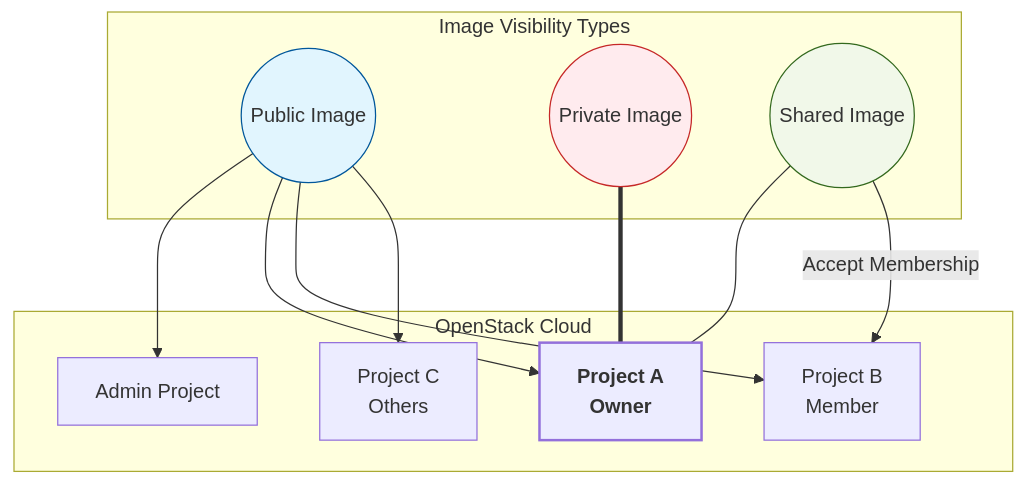
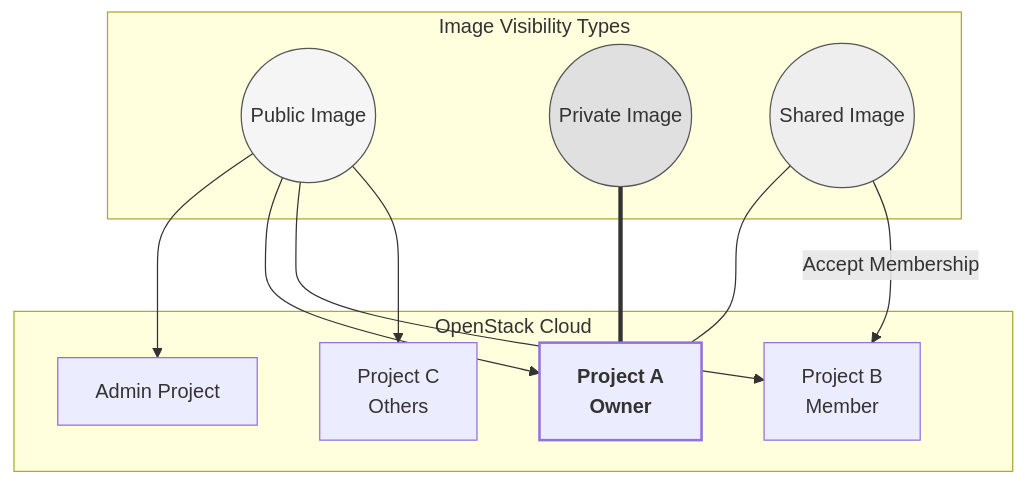
The diagram in lectures/ch5/ch5_4_lec.qmd (openstack-kr/openstack-book), drawn with Mermaid before and after one commit. The commit also changed other lines of this file, not shown here.

First line of the commit message:
docs(ch5-4): 스타일 가이드 피드백 반영

````diff
--- a/lectures/ch5/ch5_4_lec.qmd
+++ b/lectures/ch5/ch5_4_lec.qmd
@@ -88,34 +108,30 @@
-```{mermaid}
+```mermaid
 graph TD
     subgraph "OpenStack Cloud"
         AdminProject[Admin Project]
         ProjectA[Project A<br/>Owner]
         ProjectB[Project B<br/>Member]
         ProjectC[Project C<br/>Others]
     end
 
     subgraph "Image Visibility Types"
         PublicImage((Public Image))
         PrivateImage((Private Image))
         SharedImage((Shared Image))
     end
 
-    %% Public 연결
     PublicImage --> AdminProject
     PublicImage --> ProjectA
     PublicImage --> ProjectB
     PublicImage --> ProjectC
 
-    %% Private 연결
     PrivateImage === ProjectA
 
-    %% Shared 연결
     SharedImage --- ProjectA
     SharedImage --> | Accept Membership | ProjectB
 
-    %% 스타일 정의
-    style PublicImage fill:#e1f5fe,stroke:#01579b
-    style PrivateImage fill:#ffebee,stroke:#c62828
-    style SharedImage fill:#f1f8e9,stroke:#33691e
+    style PublicImage fill:#f5f5f5,stroke:#555
+    style PrivateImage fill:#e0e0e0,stroke:#555
+    style SharedImage fill:#eeeeee,stroke:#555
     style ProjectA font-weight:bold,stroke-width:2px
 ```
````
